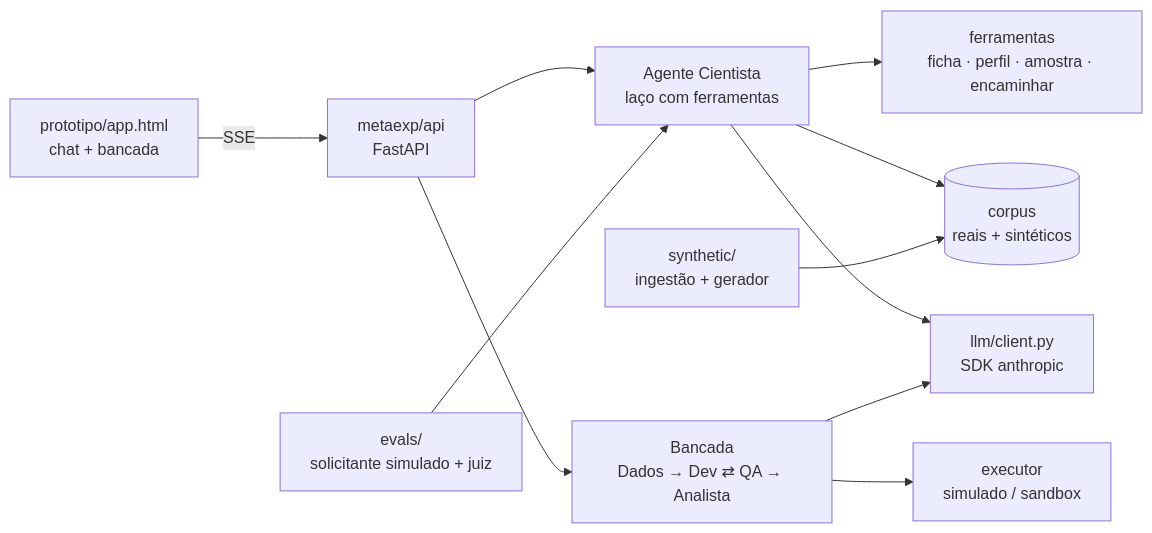
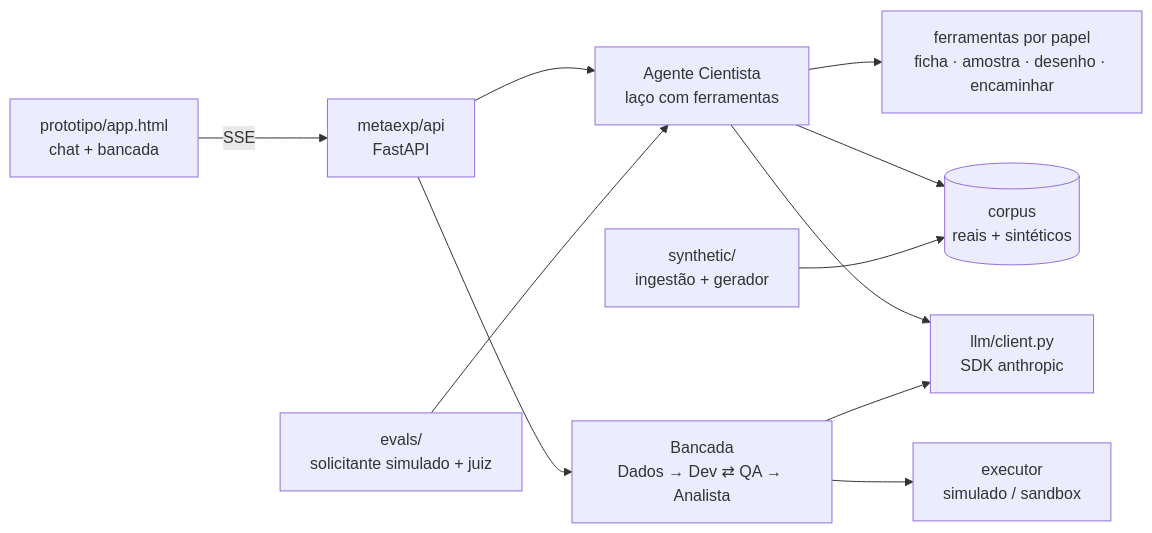
One commit to danielFrancafatecspLabs/cientista-lab changed the diagram in README.md. Above: the diagram before and after it, drawn with Mermaid. The commit also changed other lines of this file and 20 other files, not shown here.

````diff
--- a/README.md
+++ b/README.md
@@ -23,12 +32,12 @@
 ```mermaid
 flowchart LR
   UI[prototipo/app.html<br>chat + bancada] -- SSE --> API[metaexp/api<br>FastAPI]
   API --> C[Agente Cientista<br>laço com ferramentas]
   API --> B[Bancada<br>Dados → Dev ⇄ QA → Analista]
-  C --> T[ferramentas<br>ficha · perfil · amostra · encaminhar]
+  C --> T[ferramentas por papel<br>ficha · amostra · desenho · encaminhar]
   C --> K[(corpus<br>reais + sintéticos)]
   B --> X[executor<br>simulado / sandbox]
   C & B --> L[llm/client.py<br>SDK anthropic]
   S[synthetic/<br>ingestão + gerador] --> K
   E[evals/<br>solicitante simulado + juiz] --> C
 ```
````
